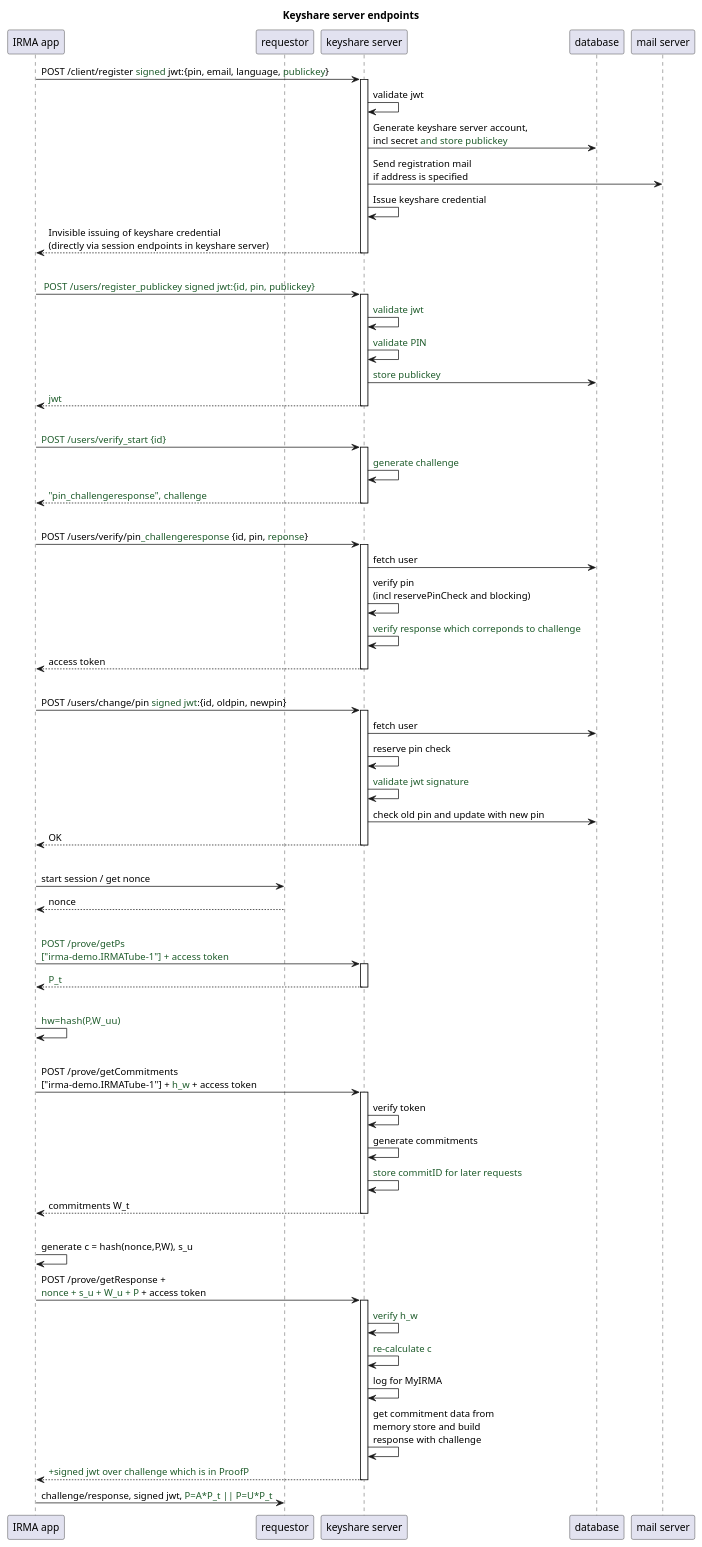
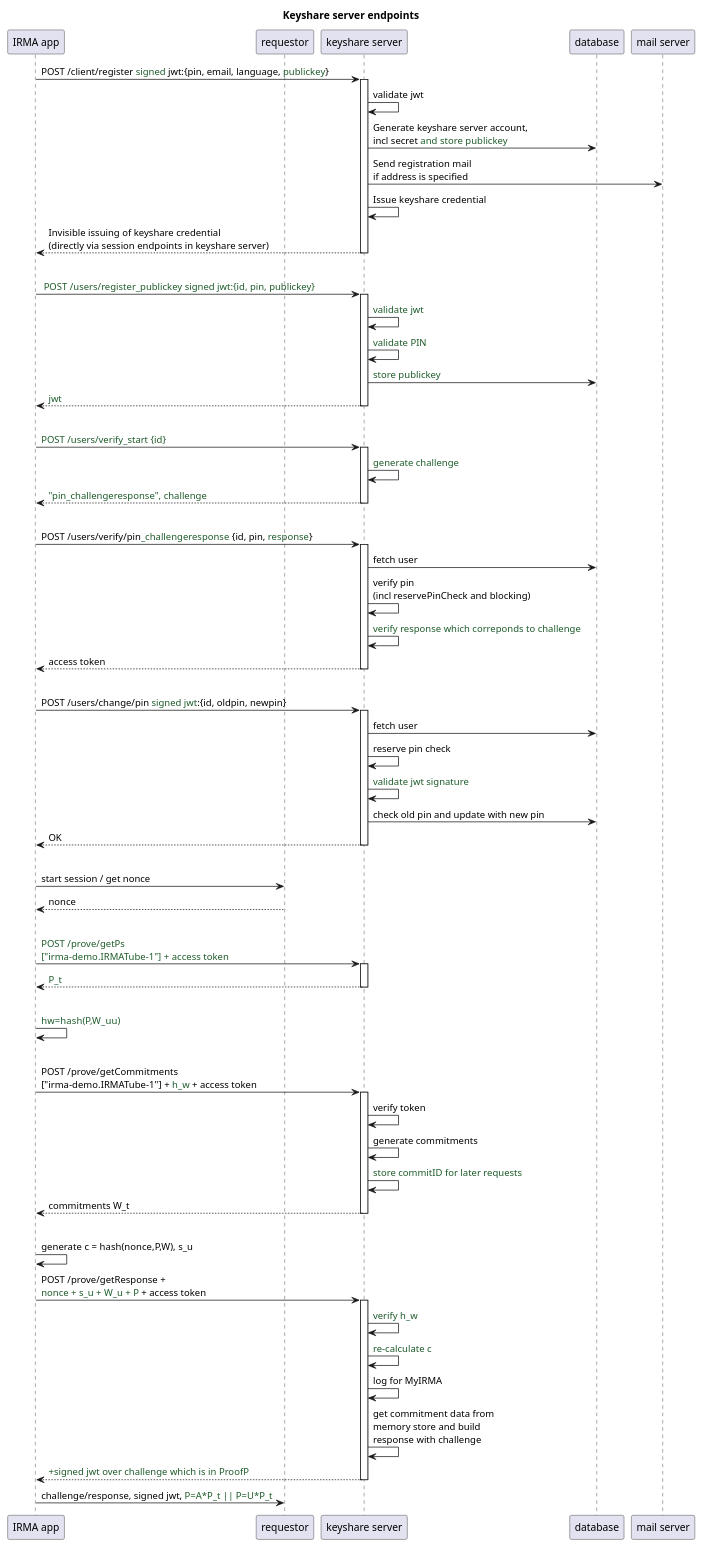
One commit to privacybydesign/irmago changed the diagram in docs/keyshareFlow.puml. Above: the diagram before and after it, drawn with PlantUML.

Commit message:
Fix linter issue (typo) in sequence diagram.

```diff
--- a/docs/keyshareFlow.puml
+++ b/docs/keyshareFlow.puml
@@ -1,79 +1,79 @@
 @startuml
 skinparam backgroundColor #transparent
 participant "IRMA app" as app
 participant "requestor" as requestor
 participant "keyshare server" as keyshare
 participant "database" as db
 participant "mail server" as mail
 
 title Keyshare server endpoints
 
 app -> keyshare ++: POST /client/register <font color=#1D5B2A>signed</font> jwt:{pin, email, language, <font color=#1D5B2A>publickey</font>}
 keyshare -> keyshare: validate jwt
 keyshare -> db: Generate keyshare server account, \nincl secret <font color=#1D5B2A>and store publickey</font>
 keyshare -> mail: Send registration mail \nif address is specified
 keyshare -> keyshare: Issue keyshare credential
 return Invisible issuing of keyshare credential \n(directly via session endpoints in keyshare server)
 |||
 
 'already enrolled app: similar to the one sent by the irmaclient when changing your IRMA PIN code
 'note: hier komt een nieuwe jwt terug
 app -> keyshare ++: <font color=#1D5B2A> POST /users/register_publickey signed jwt:{id, pin, publickey}
 keyshare -> keyshare: <font color=#1D5B2A>validate jwt</font>
 keyshare -> keyshare: <font color=#1D5B2A>validate PIN</font>
 keyshare -> db: <font color=#1D5B2A>store publickey</font>
 return <font color=#1D5B2A>jwt</font>
 |||
 
 'get challenge
 app -> keyshare ++: <font color=#1D5B2A>POST /users/verify_start {id}
 keyshare -> keyshare: <font color=#1D5B2A>generate challenge
 return <font color=#1D5B2A>"pin_challengeresponse", challenge
 |||
 
-app -> keyshare ++: POST /users/verify/pin<font color=#1D5B2A>_challengeresponse</font> {id, pin, <font color=#1D5B2A>reponse</font>}
+app -> keyshare ++: POST /users/verify/pin<font color=#1D5B2A>_challengeresponse</font> {id, pin, <font color=#1D5B2A>response</font>}
 keyshare -> db: fetch user
 keyshare -> keyshare: verify pin \n(incl reservePinCheck and blocking)
 keyshare -> keyshare: <font color=#1D5B2A>verify response which correponds to challenge
 return access token
 |||
 
 'reply attacks not possible, so no challenge-response needed
 app -> keyshare ++: POST /users/change/pin <font color=#1D5B2A>signed jwt</font>:{id, oldpin, newpin}
 keyshare -> db: fetch user
 keyshare -> keyshare: reserve pin check
 keyshare -> keyshare: <font color=#1D5B2A>validate jwt signature
 keyshare -> db: check old pin and update with new pin
 return OK
 |||
 
 app -> requestor: start session / get nonce
 return nonce
 |||
 
 ' initial P_t from kss, new endpoint, do once before issuance
 app -> keyshare ++: <font color=#1D5B2A>POST /prove/getPs \n<font color=#1D5B2A>["irma-demo.IRMATube-1"] + access token
 return <font color=#1D5B2A>P_t
 |||
 
 app -> app: <font color=#1D5B2A>hw=hash(P,W_uu)
 |||
 
 app -> keyshare ++: POST /prove/getCommitments \n["irma-demo.IRMATube-1"] + <font color=#1D5B2A>h_w</font> + access token
 keyshare -> keyshare: verify token
 keyshare -> keyshare: generate commitments
 keyshare -> keyshare: <font color=#1D5B2A>store commitID for later requests</font>
 return commitments W_t
 |||
 
 app -> app: generate c = hash(nonce,P,W), s_u
 app -> keyshare ++: POST /prove/getResponse + \n<font color=#1D5B2A>nonce + s_u + W_u + P </font>+ access token
 keyshare -> keyshare: <font color=#1D5B2A>verify h_w
 keyshare -> keyshare: <font color=#1D5B2A>re-calculate c
 keyshare -> keyshare: log for MyIRMA
 keyshare -> keyshare: get commitment data from \nmemory store and build \nresponse with challenge
 return <font color=#1D5B2A>+signed jwt over challenge which is in ProofP
 
 app -> requestor: challenge/response, signed jwt, <font color=#1D5B2A>P=A*P_t || P=U*P_t
 
 @enduml
```
